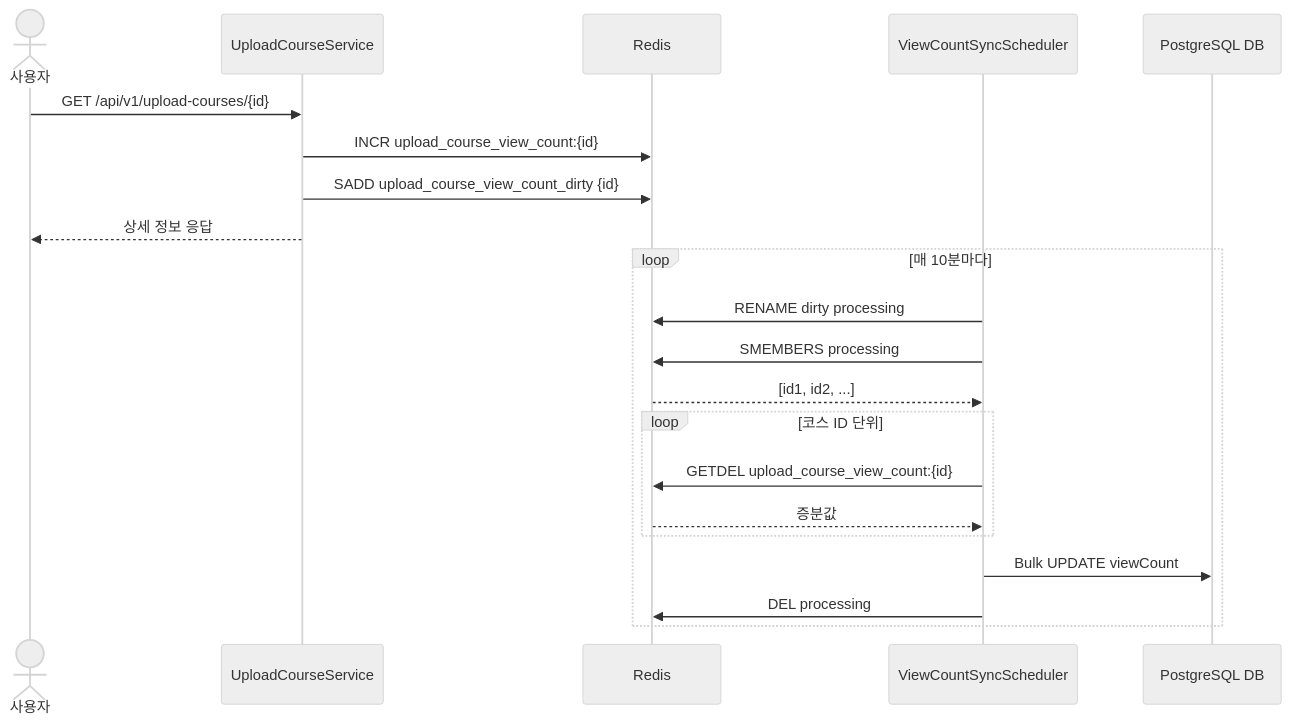
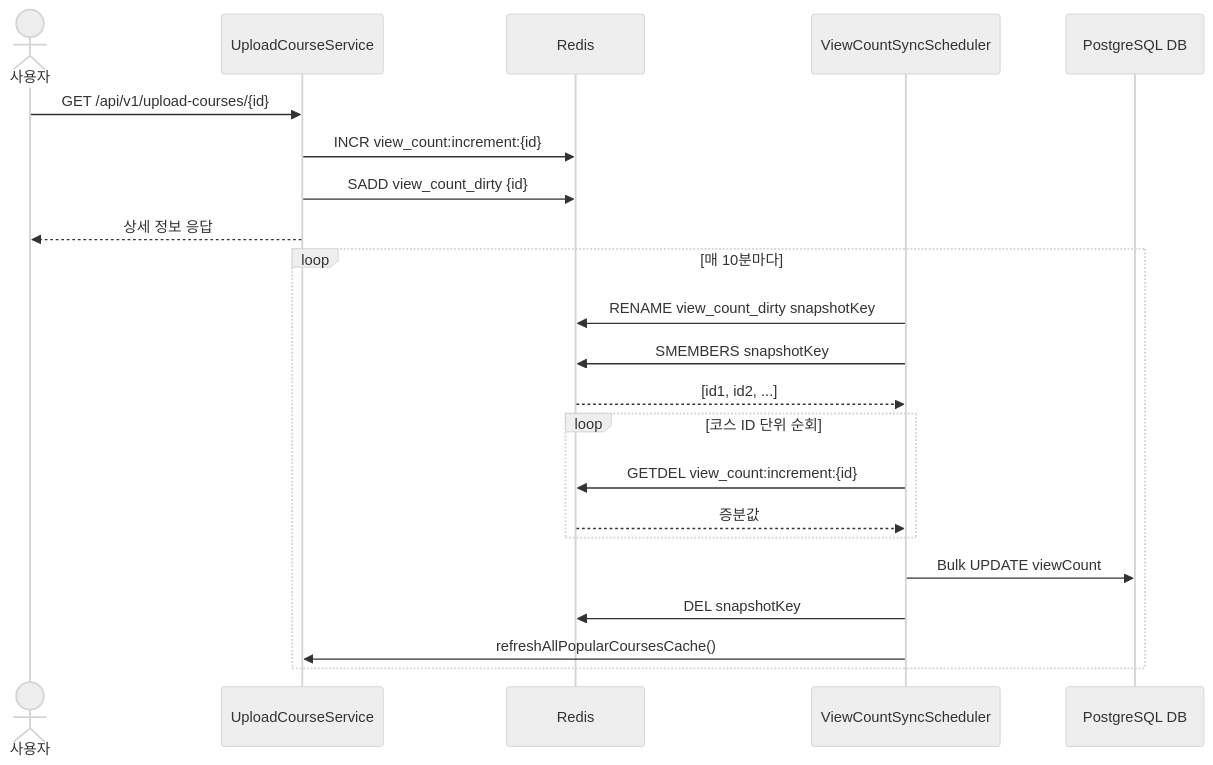
The diagram in docs/tasks/TASK-5.md (Kookmin-MoP-Yourtrip/YOURTRIP_BE), drawn with Mermaid (neutral theme) before and after one commit. The commit also changed other lines of this file, not shown here.

````diff
--- a/docs/tasks/TASK-5.md
+++ b/docs/tasks/TASK-5.md
@@ -15,25 +47,26 @@
 ```mermaid
 sequenceDiagram
     actor User as 사용자
     participant API as UploadCourseService
     participant Redis as Redis
     participant Scheduler as ViewCountSyncScheduler
     participant DB as PostgreSQL DB
 
     User->>API: GET /api/v1/upload-courses/{id}
-    API->>Redis: INCR upload_course_view_count:{id}
-    API->>Redis: SADD upload_course_view_count_dirty {id}
+    API->>Redis: INCR view_count:increment:{id}
+    API->>Redis: SADD view_count_dirty {id}
     API-->>User: 상세 정보 응답
 
     loop 매 10분마다
-        Scheduler->>Redis: RENAME dirty processing
-        Scheduler->>Redis: SMEMBERS processing
+        Scheduler->>Redis: RENAME view_count_dirty snapshotKey
+        Scheduler->>Redis: SMEMBERS snapshotKey
         Redis-->>Scheduler: [id1, id2, ...]
-        loop 코스 ID 단위
-            Scheduler->>Redis: GETDEL upload_course_view_count:{id}
+        loop 코스 ID 단위 순회
+            Scheduler->>Redis: GETDEL view_count:increment:{id}
             Redis-->>Scheduler: 증분값
         end
         Scheduler->>DB: Bulk UPDATE viewCount
-        Scheduler->>Redis: DEL processing
+        Scheduler->>Redis: DEL snapshotKey
+        Scheduler->>API: refreshAllPopularCoursesCache()
     end
 ```
````
